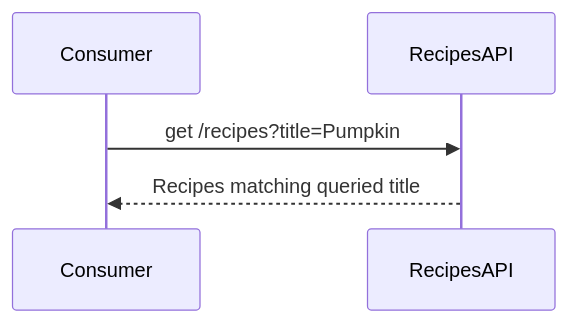
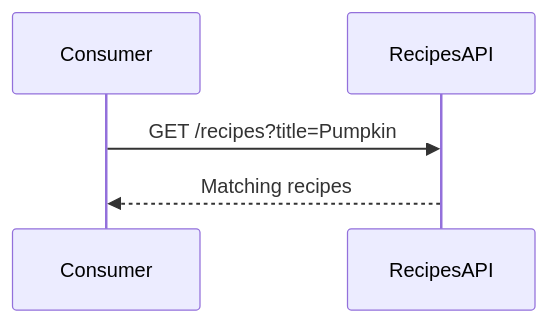
Before and after one commit to enisspahi/contract-first-api-example: the second of 3 diagrams in docs/hugo-docdock/content/introduction/use_cases.md, drawn with Mermaid. The commit also changed other lines of this file, not shown here.

```diff
--- a/docs/hugo-docdock/content/introduction/use_cases.md
+++ b/docs/hugo-docdock/content/introduction/use_cases.md
@@ -14,5 +14,5 @@
 {{< mermaid >}}
     sequenceDiagram
-        Consumer->>RecipesAPI: get /recipes?title=Pumpkin
-        RecipesAPI-->>Consumer: Recipes matching queried title
+        Consumer->>RecipesAPI: GET /recipes?title=Pumpkin
+        RecipesAPI-->>Consumer: Matching recipes
 {{< /mermaid >}}
```
